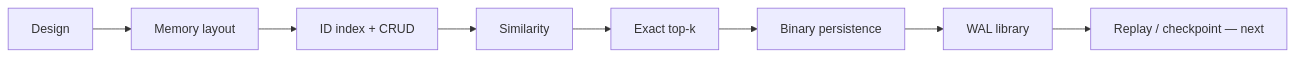
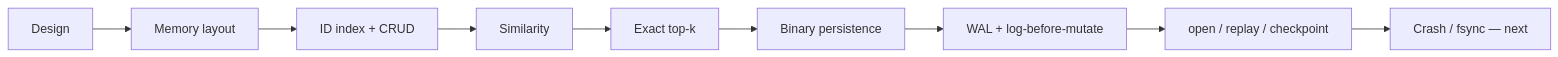
Before and after one commit to Kumario1/vectorDB: the first of 5 diagrams in README.md, drawn with Mermaid. The commit also changed other lines of this file and 5 other files, not shown here.

First line of the commit message:
feat: wire WAL into VectorDB with open, replay, and checkpoint

````diff
--- a/README.md
+++ b/README.md
@@ -11,10 +11,11 @@
 ```mermaid
 flowchart LR
   D[Design] --> L[Memory layout]
   L --> I[ID index + CRUD]
   I --> S[Similarity]
   S --> K[Exact top-k]
   K --> P[Binary persistence]
-  P --> W[WAL library]
-  W --> R[Replay / checkpoint — next]
+  P --> W[WAL + log-before-mutate]
+  W --> R[open / replay / checkpoint]
+  R --> C[Crash / fsync — next]
 ```
````
